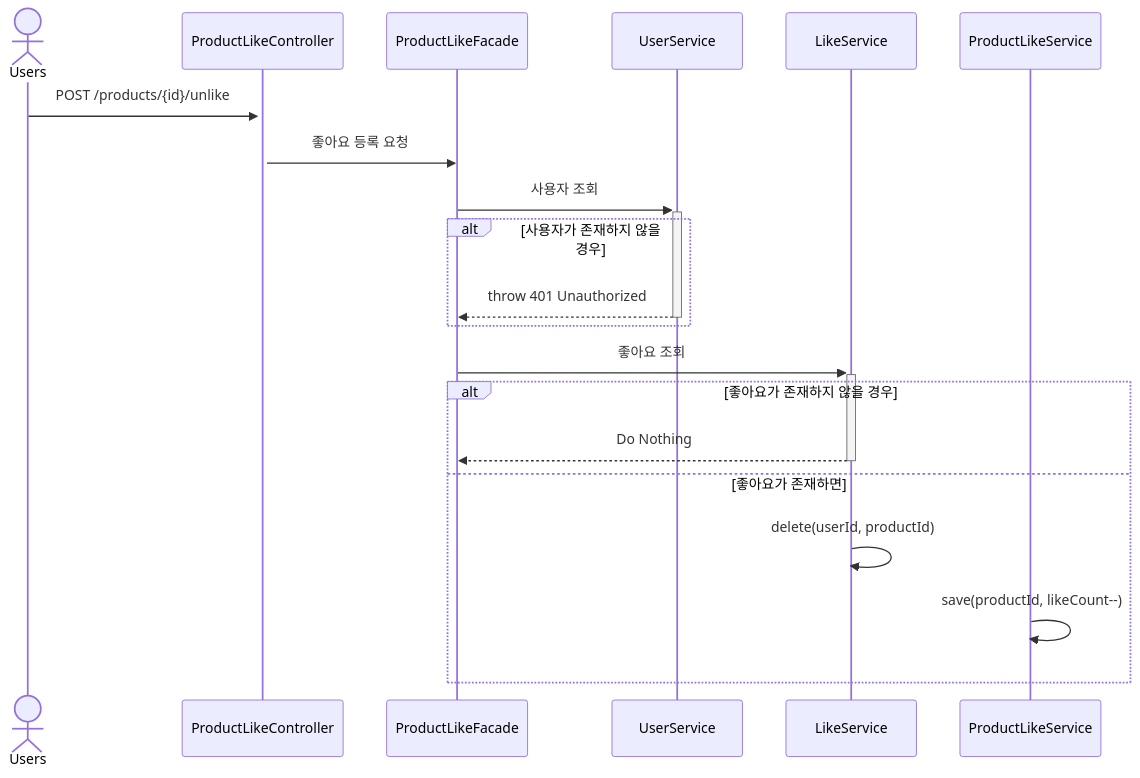
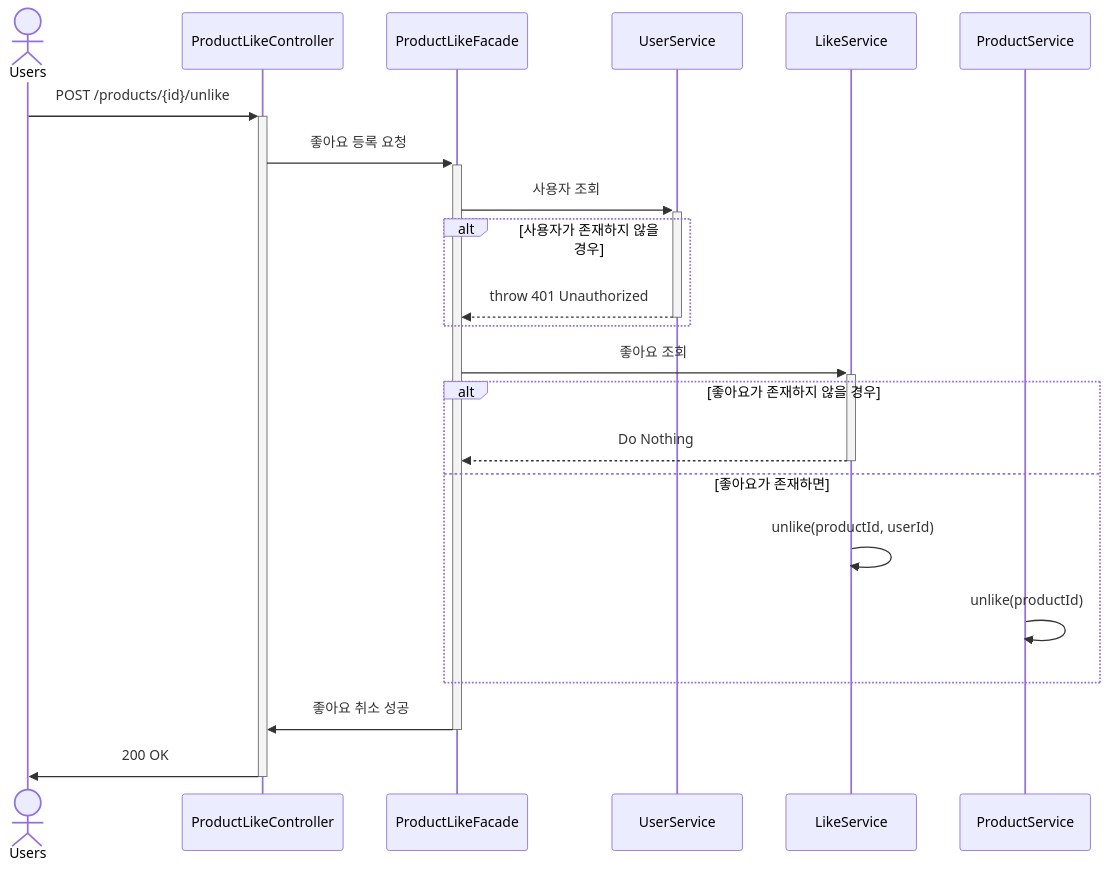
One commit to o3ozzvb/kotlin-ecommerce changed the second of 4 diagrams in docs/design/02-sequence-diagrams.md. Above: the diagram before and after it, drawn with Mermaid. The commit also changed other lines of this file, not shown here.

Commit message:
docs: 시퀀스 다이어그램 수정

````diff
--- a/docs/design/02-sequence-diagrams.md
+++ b/docs/design/02-sequence-diagrams.md
@@ -29,24 +31,26 @@
 ```mermaid
 sequenceDiagram
     actor Users
     participant PLC as ProductLikeController
     participant PLF as ProductLikeFacade
     participant US as UserService
     participant LS as LikeService
-    participant PLS as ProductLikeService
+    participant PS as ProductService
 
     Users->>+PLC: POST /products/{id}/unlike
-    PLC->>PLF: 좋아요 등록 요청
+    PLC->>+PLF: 좋아요 등록 요청
     PLF->>+US: 사용자 조회
     alt 사용자가 존재하지 않을 경우
         US-->>-PLF: throw 401 Unauthorized
     end
 
     PLF->>+LS: 좋아요 조회
     alt 좋아요가 존재하지 않을 경우
         LS-->>-PLF: Do Nothing
     else 좋아요가 존재하면
-        LS->>LS: delete(userId, productId)
-        PLS->>PLS: save(productId, likeCount--)
+        LS->>LS: unlike(productId, userId)
+        PS->>PS: unlike(productId)
     end
+    PLF->>-PLC: 좋아요 취소 성공
+    PLC->>-Users: 200 OK
 ```
````
